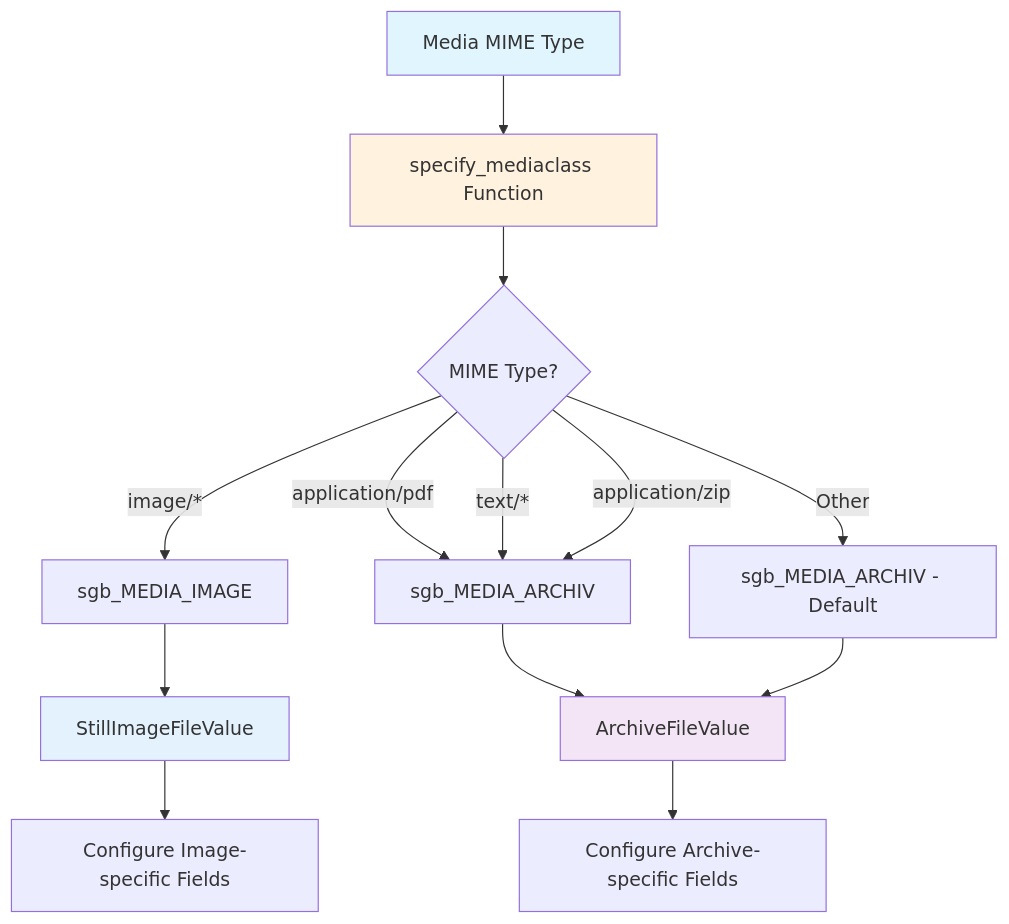
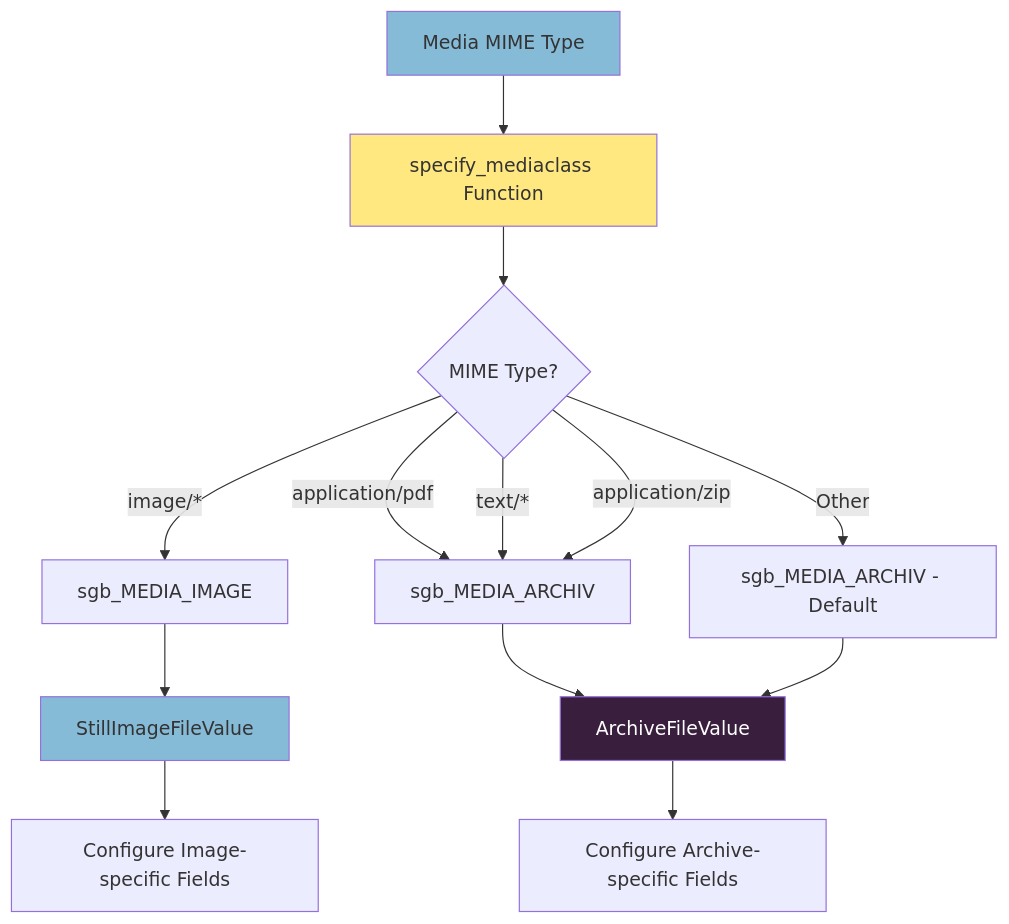
Before and after one commit to Stadt-Geschichte-Basel/omeka2dsp: diagram 11 of 16 in docs/workflows/index.qmd, drawn with Mermaid. The commit also changed other lines of this file and 22 other files, not shown here.

````diff
--- a/docs/workflows/index.qmd
+++ b/docs/workflows/index.qmd
@@ -399,23 +399,23 @@
 ```{mermaid}
 graph TD
     A[Media MIME Type] --> B[specify_mediaclass Function]
     
     B --> C{MIME Type?}
     C -->|image/*| D[sgb_MEDIA_IMAGE]
     C -->|application/pdf| E[sgb_MEDIA_ARCHIV]
     C -->|text/*| E
     C -->|application/zip| E
     C -->|Other| F[sgb_MEDIA_ARCHIV - Default]
     
     D --> G[StillImageFileValue]
     E --> H[ArchiveFileValue]
     F --> H
     
     G --> I[Configure Image-specific Fields]
     H --> J[Configure Archive-specific Fields]
     
-    style A fill:#e1f5fe
-    style B fill:#fff3e0
-    style G fill:#e3f2fd
-    style H fill:#f3e5f5
+    style A fill:#86bbd8
+    style B fill:#ffe880
+    style G fill:#86bbd8
+    style H fill:#3a1e3e,color:#fff
 ```
````
